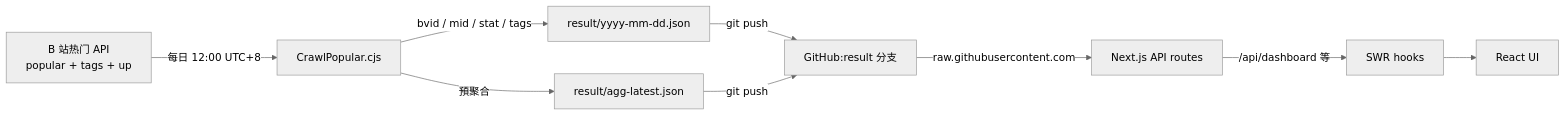
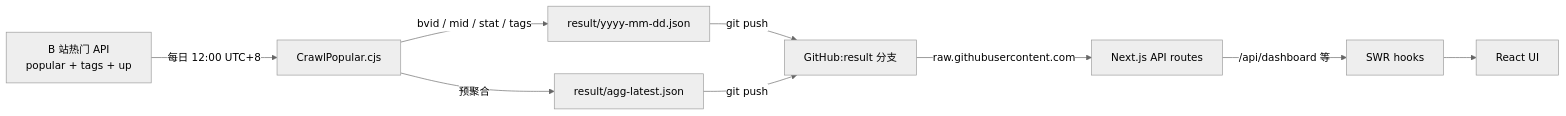
One commit to BlackishGreen33/BiliBili-Analyzer changed the diagram in README.md. Above: the diagram before and after it, drawn with Mermaid (neutral theme). The commit also changed other lines of this file and 1 other file, not shown here.

First line of the commit message:
📃 chore(docs): README 重寫為簡中 + en 雙檔,移除 ROADMAP

````diff
--- a/README.md
+++ b/README.md
@@ -56,11 +46,11 @@
 ```mermaid
 graph LR
   A[B 站热门 API<br>popular + tags + up] -->|每日 12:00 UTC+8| B[CrawlPopular.cjs]
   B -->|bvid / mid / stat / tags| C[result/yyyy-mm-dd.json]
-  B -->|預聚合| D[result/agg-latest.json]
+  B -->|预聚合| D[result/agg-latest.json]
   C -->|git push| E[GitHub:result 分支]
   D -->|git push| E
   E -->|raw.githubusercontent.com| F[Next.js API routes]
   F -->|/api/dashboard 等| G[SWR hooks]
   G --> H[React UI]
 ```
````
